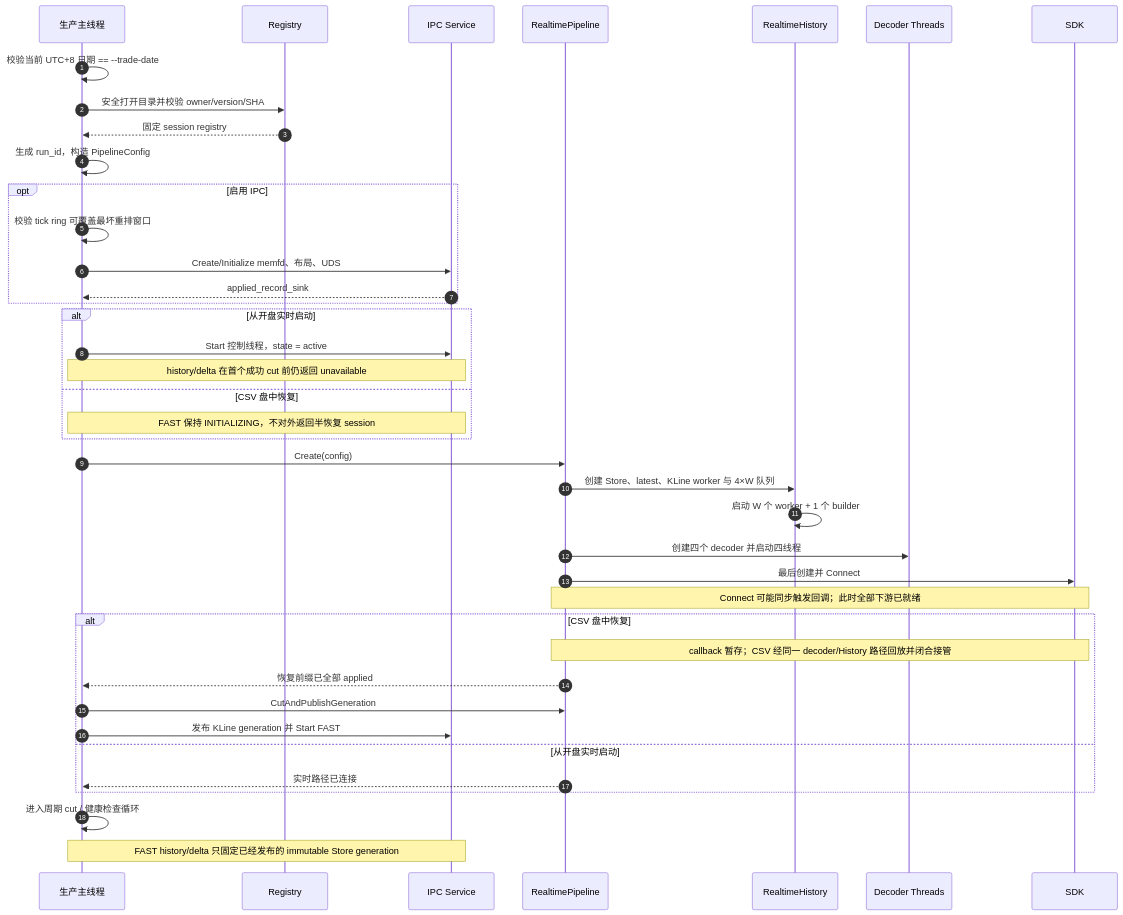
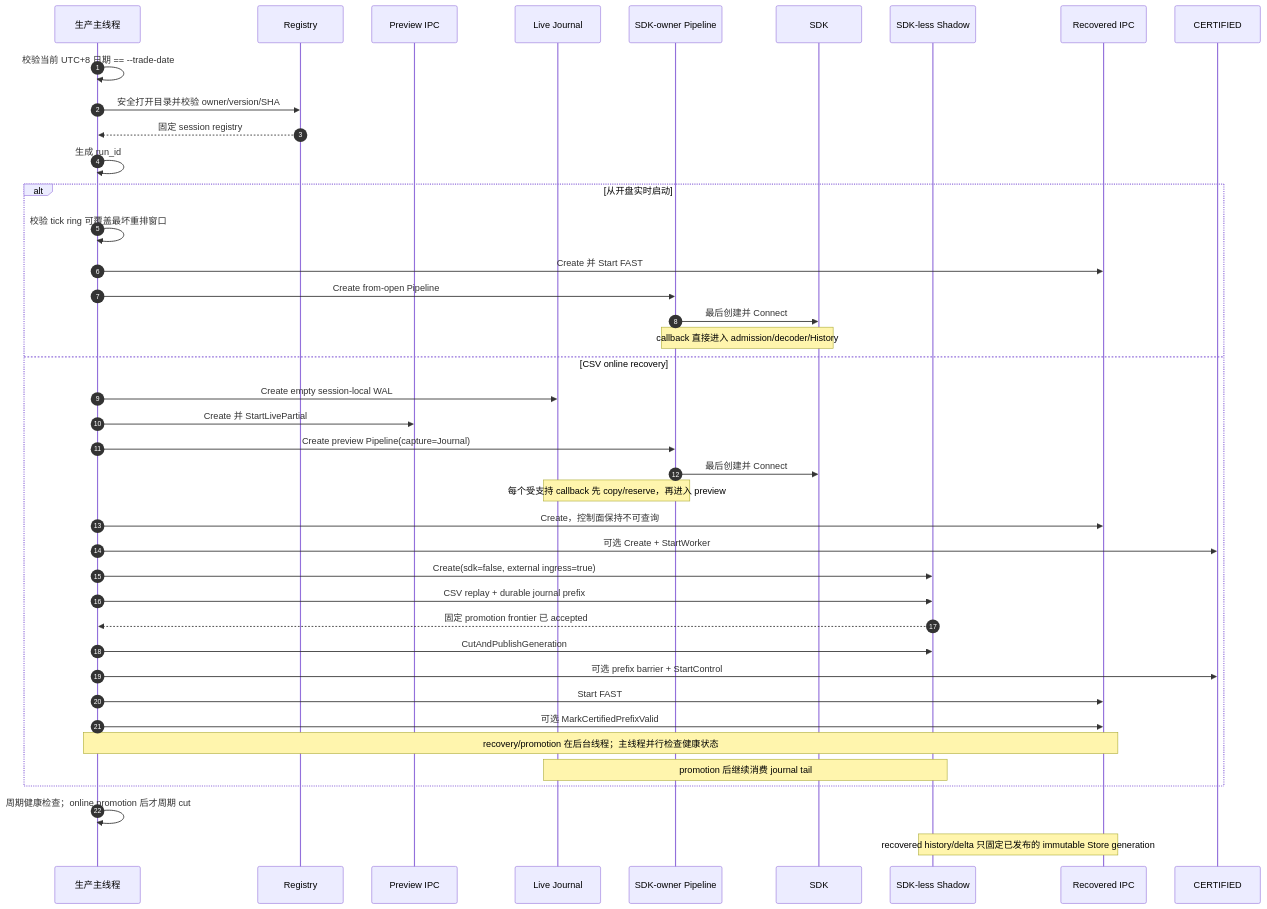
One commit to Suncol/L2Flow changed the second of 12 diagrams in docs/current-branch-flow-processing-architecture.md. Above: the diagram before and after it, drawn with Mermaid. The commit also changed other lines of this file and 13 other files, not shown here.

Commit message:
refactor(recovery): remove blocking CSV startup path

````diff
--- a/docs/current-branch-flow-processing-architecture.md
+++ b/docs/current-branch-flow-processing-architecture.md
@@ -222,43 +224,44 @@
 ```mermaid
 sequenceDiagram
     autonumber
     participant Main as 生产主线程
     participant Reg as Registry
-    participant Ipc as IPC Service
-    participant Pipe as RealtimePipeline
-    participant Hist as RealtimeHistory
-    participant Dec as Decoder Threads
+    participant Preview as Preview IPC
+    participant Journal as Live Journal
+    participant Live as SDK-owner Pipeline
     participant Sdk as SDK
+    participant Shadow as SDK-less Shadow
+    participant Recovered as Recovered IPC
+    participant Certified as CERTIFIED
 
     Main->>Main: 校验当前 UTC+8 日期 == --trade-date
     Main->>Reg: 安全打开目录并校验 owner/version/SHA
     Reg-->>Main: 固定 session registry
-    Main->>Main: 生成 run_id，构造 PipelineConfig
-    opt 启用 IPC
+    Main->>Main: 生成 run_id
+    alt 从开盘实时启动
         Main->>Main: 校验 tick ring 可覆盖最坏重排窗口
-        Main->>Ipc: Create/Initialize memfd、布局、UDS
-        Ipc-->>Main: applied_record_sink
+        Main->>Recovered: Create 并 Start FAST
+        Main->>Live: Create from-open Pipeline
+        Live->>Sdk: 最后创建并 Connect
+        Note over Live,Sdk: callback 直接进入 admission/decoder/History
+    else CSV online recovery
+        Main->>Journal: Create empty session-local WAL
+        Main->>Preview: Create 并 StartLivePartial
+        Main->>Live: Create preview Pipeline(capture=Journal)
+        Live->>Sdk: 最后创建并 Connect
+        Note over Live,Journal: 每个受支持 callback 先 copy/reserve，再进入 preview
+        Main->>Recovered: Create，控制面保持不可查询
+        Main->>Certified: 可选 Create + StartWorker
+        Main->>Shadow: Create(sdk=false, external ingress=true)
+        Main->>Shadow: CSV replay + durable journal prefix
+        Shadow-->>Main: 固定 promotion frontier 已 accepted
+        Main->>Shadow: CutAndPublishGeneration
+        Main->>Certified: 可选 prefix barrier + StartControl
+        Main->>Recovered: Start FAST
+        Main->>Recovered: 可选 MarkCertifiedPrefixValid
+        Note over Main,Recovered: recovery/promotion 在后台线程；主线程并行检查健康状态
+        Note over Journal,Shadow: promotion 后继续消费 journal tail
     end
-    alt 从开盘实时启动
-        Main->>Ipc: Start 控制线程，state = active
-        Note over Main,Ipc: history/delta 在首个成功 cut 前仍返回 unavailable
-    else CSV 盘中恢复
-        Note over Main,Ipc: FAST 保持 INITIALIZING，不对外返回半恢复 session
-    end
-    Main->>Pipe: Create(config)
-    Pipe->>Hist: 创建 Store、latest、KLine worker 与 4×W 队列
-    Hist->>Hist: 启动 W 个 worker + 1 个 builder
-    Pipe->>Dec: 创建四个 decoder 并启动四线程
-    Pipe->>Sdk: 最后创建并 Connect
-    Note over Pipe,Sdk: Connect 可能同步触发回调；此时全部下游已就绪
-    alt CSV 盘中恢复
-        Note over Pipe,Sdk: callback 暂存；CSV 经同一 decoder/History 路径回放并闭合接管
-        Pipe-->>Main: 恢复前缀已全部 applied
-        Main->>Pipe: CutAndPublishGeneration
-        Main->>Ipc: 发布 KLine generation 并 Start FAST
-    else 从开盘实时启动
-        Pipe-->>Main: 实时路径已连接
-    end
-    Main->>Main: 进入周期 cut / 健康检查循环
-    Note over Main,Ipc: FAST history/delta 只固定已经发布的 immutable Store generation
+    Main->>Main: 周期健康检查；online promotion 后才周期 cut
+    Note over Shadow,Recovered: recovered history/delta 只固定已发布的 immutable Store generation
 ```
````
